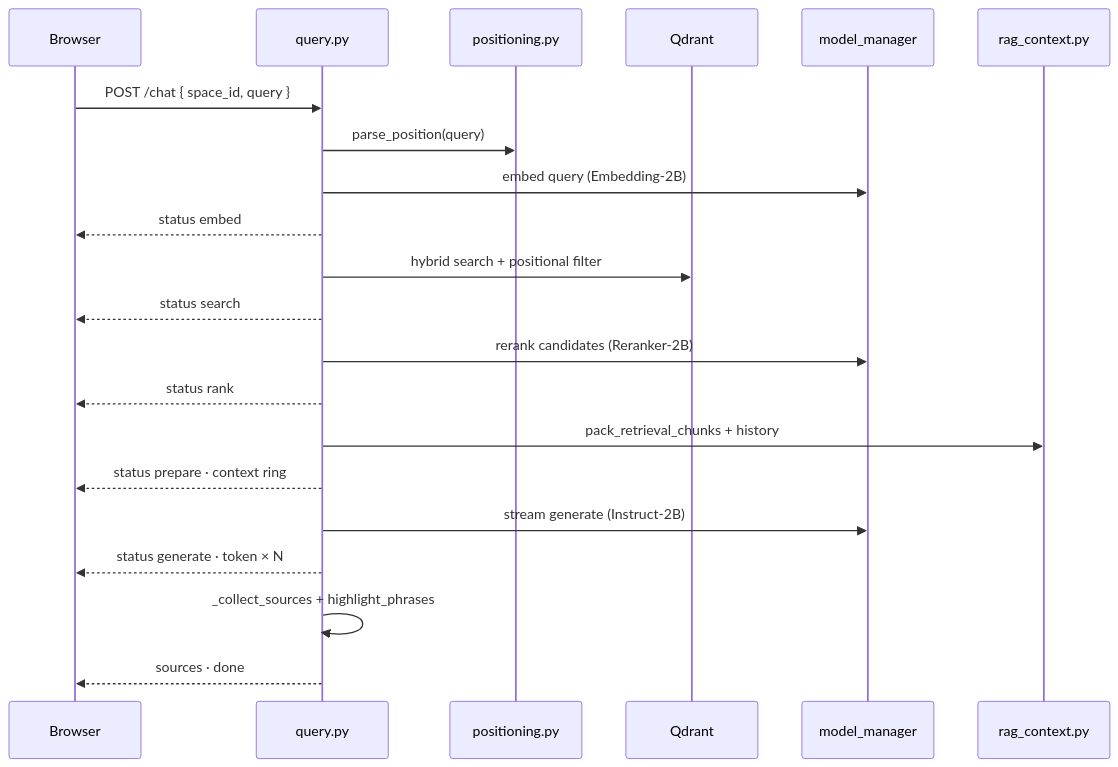
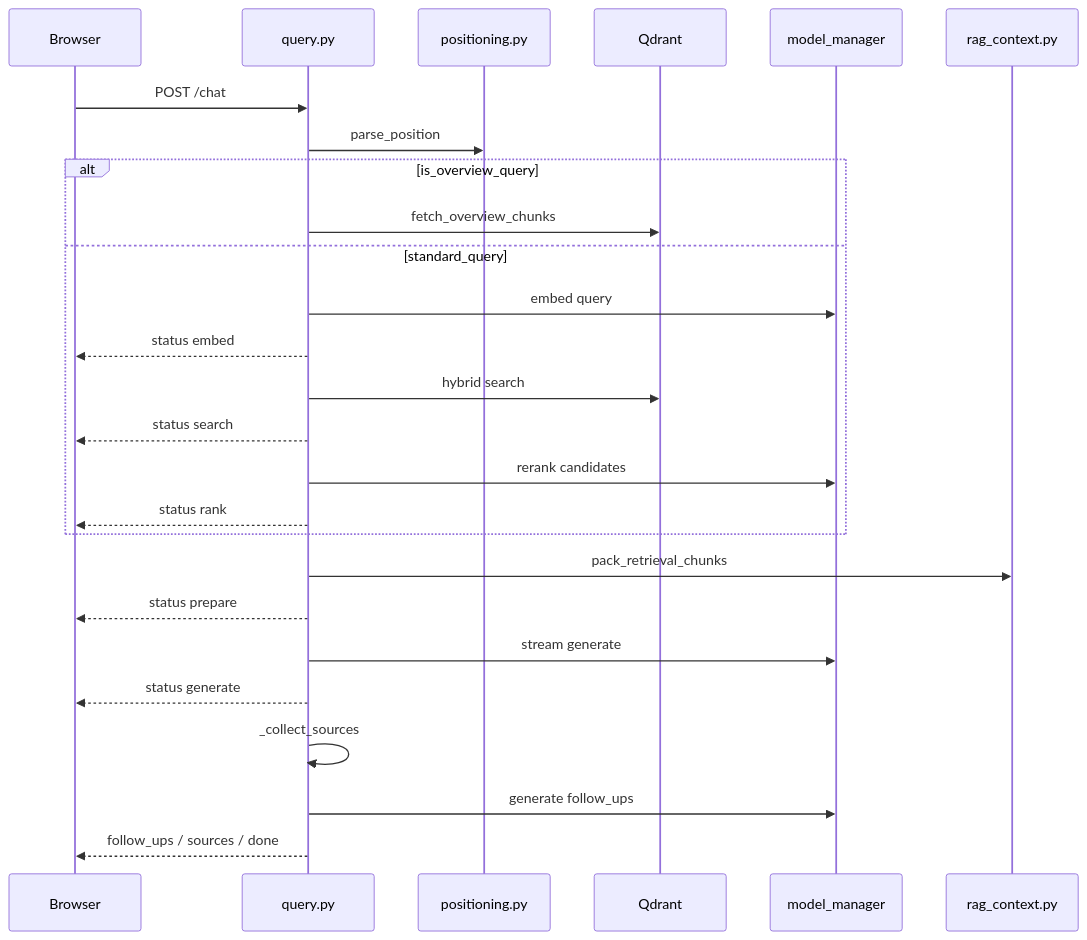
The fourth of 17 diagrams in README.md (arshiatehrani/local-multimodal-rag), drawn with Mermaid before and after one commit. The commit also changed other lines of this file, not shown here.

Commit message:
docs: update RAG pipeline documentation to include query routing, follow-up generation, and stylistic consistency improvements

````diff
--- a/README.md
+++ b/README.md
@@ -280,24 +280,29 @@
 ```mermaid
 sequenceDiagram
   participant UI as Browser
   participant API as query.py
   participant Pos as positioning.py
   participant Q as Qdrant
   participant MM as model_manager
   participant Ctx as rag_context.py
 
-  UI->>API: POST /chat { space_id, query }
-  API->>Pos: parse_position(query)
-  API->>MM: embed query (Embedding-2B)
-  API-->>UI: status embed
-  API->>Q: hybrid search + positional filter
-  API-->>UI: status search
-  API->>MM: rerank candidates (Reranker-2B)
-  API-->>UI: status rank
-  API->>Ctx: pack_retrieval_chunks + history
-  API-->>UI: status prepare · context ring
-  API->>MM: stream generate (Instruct-2B)
-  API-->>UI: status generate · token × N
-  API->>API: _collect_sources + highlight_phrases
-  API-->>UI: sources · done
+  UI->>API: POST /chat
+  API->>Pos: parse_position
+  alt is_overview_query
+    API->>Q: fetch_overview_chunks
+  else standard_query
+    API->>MM: embed query
+    API-->>UI: status embed
+    API->>Q: hybrid search
+    API-->>UI: status search
+    API->>MM: rerank candidates
+    API-->>UI: status rank
+  end
+  API->>Ctx: pack_retrieval_chunks
+  API-->>UI: status prepare
+  API->>MM: stream generate
+  API-->>UI: status generate
+  API->>API: _collect_sources
+  API->>MM: generate follow_ups
+  API-->>UI: follow_ups / sources / done
 ```
````
